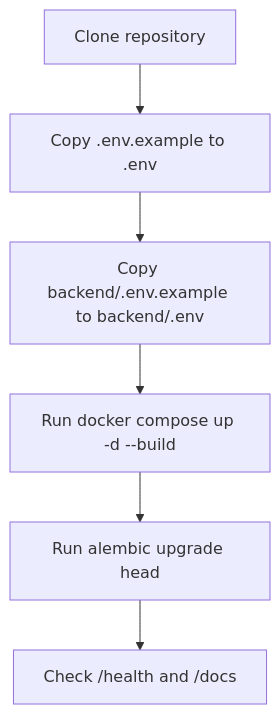
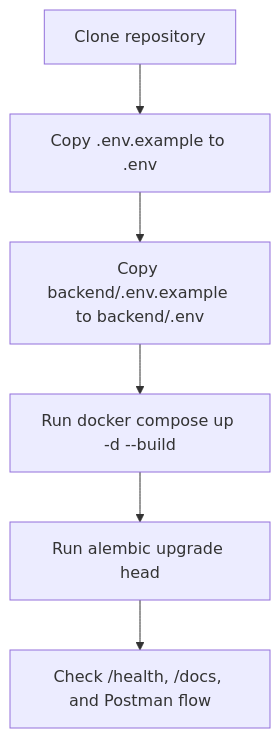
The diagram in docs/SETUP.md (afnan-emumba/smart-hire), drawn with Mermaid before and after one commit. The commit also changed other lines of this file and 37 other files, not shown here.

````diff
--- a/docs/SETUP.md
+++ b/docs/SETUP.md
@@ -14,11 +14,11 @@
 ```mermaid
 flowchart TD
     clone[Clone repository]
     copyRoot[Copy .env.example to .env]
     copyBackend[Copy backend/.env.example to backend/.env]
     start[Run docker compose up -d --build]
     migrate[Run alembic upgrade head]
-    verify[Check /health and /docs]
+    verify[Check /health, /docs, and Postman flow]
 
     clone --> copyRoot --> copyBackend --> start --> migrate --> verify
 ```
````
